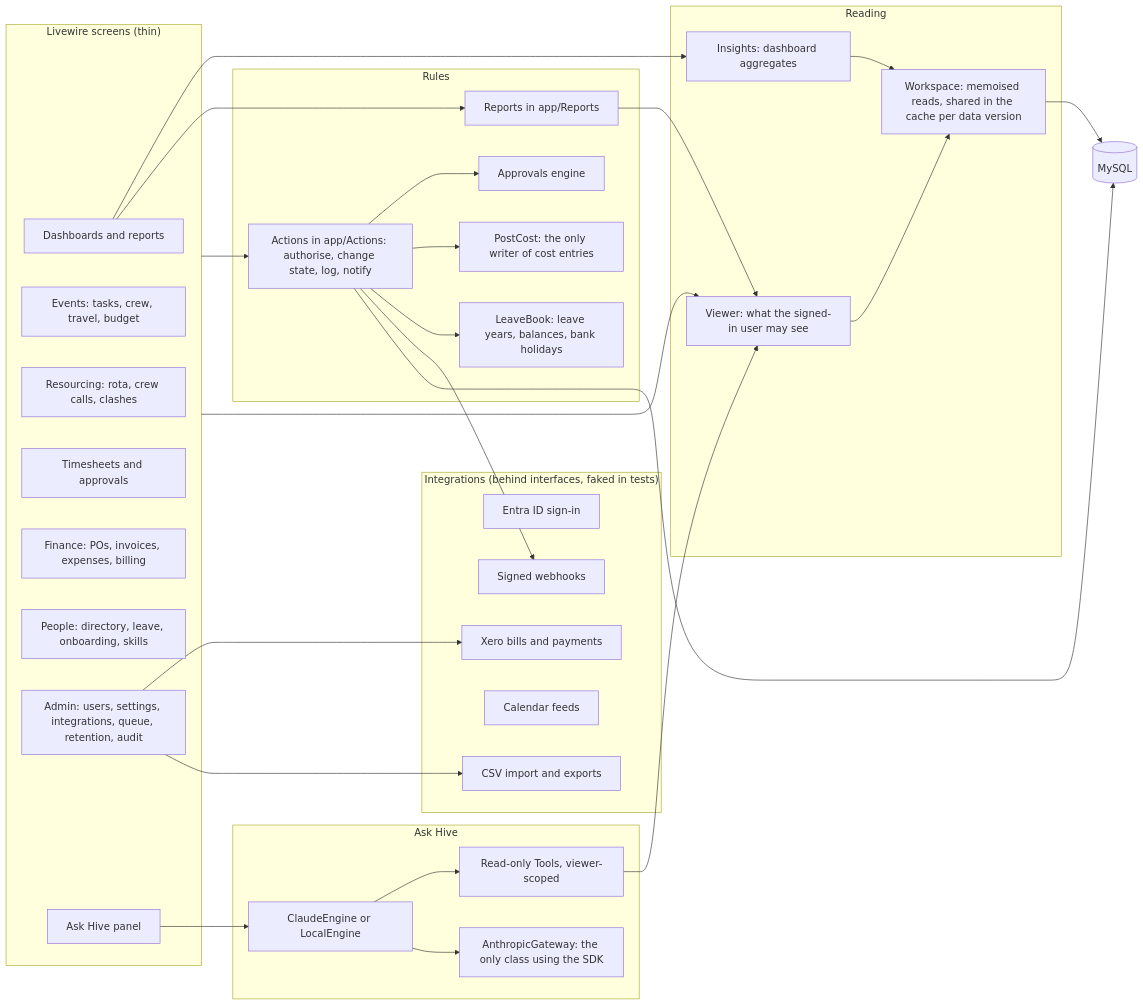
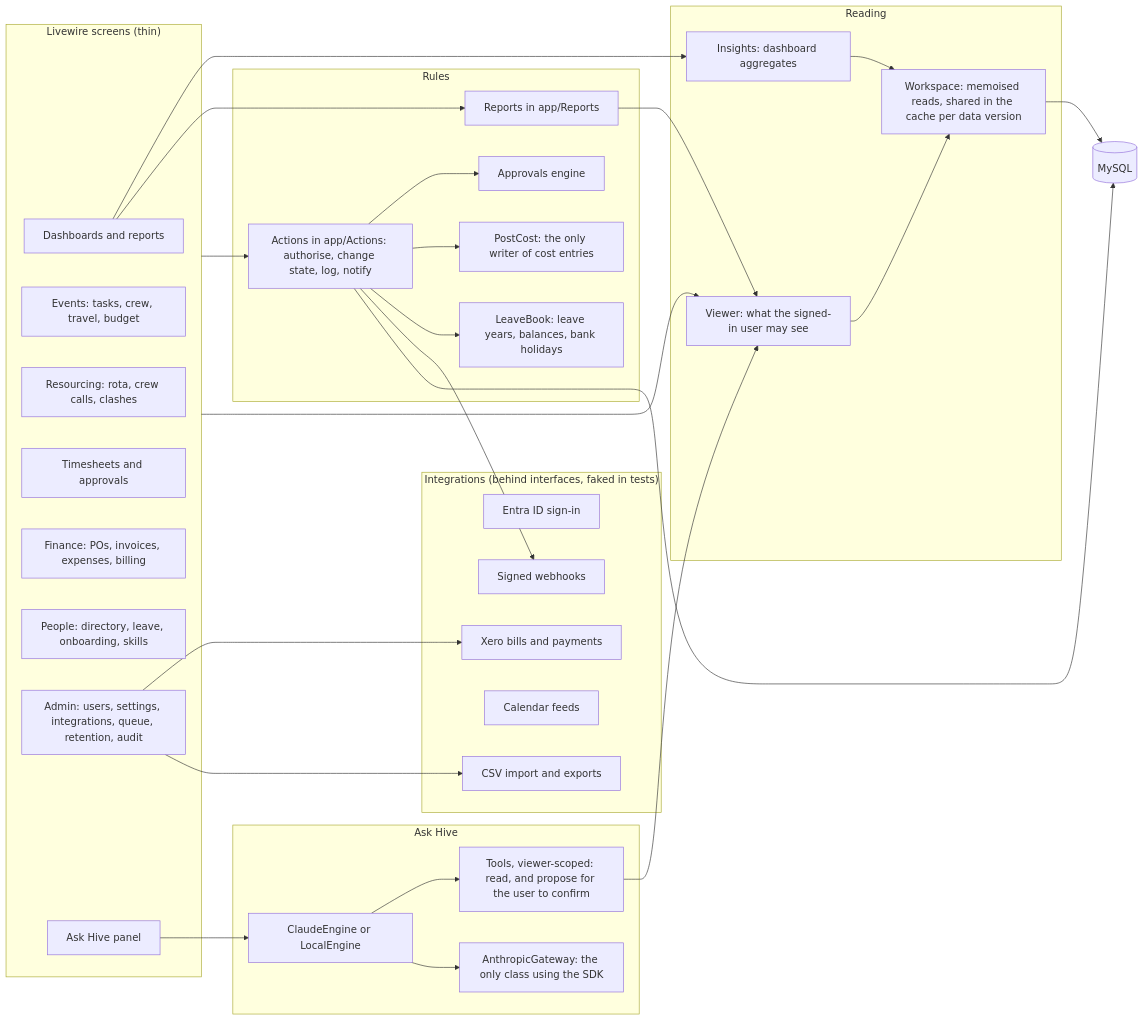
One commit to finify/hive changed the diagram in docs/architecture.md. Above: the diagram before and after it, drawn with Mermaid. The commit also changed 37 other files, not shown here.

````diff
--- a/docs/architecture.md
+++ b/docs/architecture.md
@@ -7,59 +7,59 @@
 ```mermaid
 flowchart LR
     subgraph Screens["Livewire screens (thin)"]
         Dash[Dashboards and reports]
         Ev[Events: tasks, crew, travel, budget]
         Res[Resourcing: rota, crew calls, clashes]
         Time[Timesheets and approvals]
         Fin[Finance: POs, invoices, expenses, billing]
         Ppl[People: directory, leave, onboarding, skills]
         Adm[Admin: users, settings, integrations, queue, retention, audit]
         Ask[Ask Hive panel]
     end
 
     subgraph Core["Rules"]
         Actions[Actions in app/Actions: authorise, change state, log, notify]
         Approvals[Approvals engine]
         PostCost[PostCost: the only writer of cost entries]
         LeaveBook[LeaveBook: leave years, balances, bank holidays]
         Reports[Reports in app/Reports]
     end
 
     subgraph Read["Reading"]
         Workspace[Workspace: memoised reads, shared in the cache per data version]
         Viewer[Viewer: what the signed-in user may see]
         Insights[Insights: dashboard aggregates]
     end
 
     subgraph AI["Ask Hive"]
         Engine[ClaudeEngine or LocalEngine]
-        Tools[Read-only Tools, viewer-scoped]
+        Tools[Tools, viewer-scoped: read, and propose for the user to confirm]
         Gateway[AnthropicGateway: the only class using the SDK]
     end
 
     subgraph Out["Integrations (behind interfaces, faked in tests)"]
         Entra[Entra ID sign-in]
         Xero[Xero bills and payments]
         Hooks[Signed webhooks]
         ICS[Calendar feeds]
         CSV[CSV import and exports]
     end
 
     Screens --> Actions
     Screens --> Viewer
     Actions --> Approvals
     Actions --> PostCost
     Actions --> LeaveBook
     Viewer --> Workspace
     Insights --> Workspace
     Dash --> Insights
     Dash --> Reports
     Reports --> Viewer
     Ask --> Engine --> Tools --> Viewer
     Engine --> Gateway
     Actions --> Hooks
     Adm --> Xero
     Adm --> CSV
     Workspace --> DB[(MySQL)]
     Actions --> DB
 ```
````
